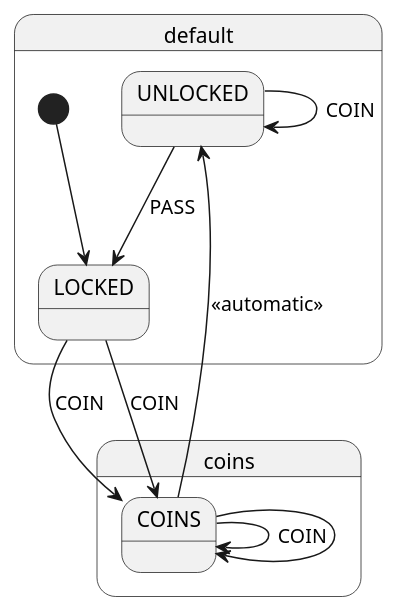
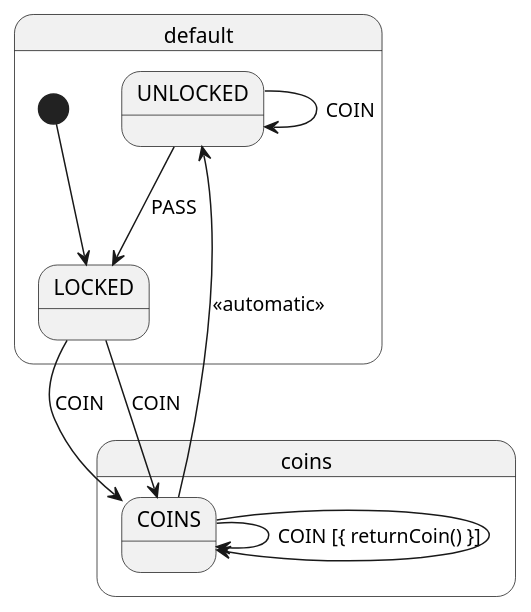
Before and after one commit to open-jumpco/kfsm-viz: the diagram in generated/paying-turnstile.plantuml, drawn with PlantUML. The commit also changed 12 other files, not shown here.

Commit message:
added parser and asciidoc table of state chart

```diff
--- a/generated/paying-turnstile.plantuml
+++ b/generated/paying-turnstile.plantuml
@@ -1,14 +1,14 @@
 @startuml
 state coins {
-  COINS --> COINS : COIN
+  COINS --> COINS : COIN [{ returnCoin() }]
   COINS --> COINS
 }
 state default {
   [*] --> LOCKED
   LOCKED --> COINS : COIN
   UNLOCKED --> UNLOCKED : COIN
   UNLOCKED --> LOCKED : PASS
   LOCKED --> COINS : COIN
   COINS --> UNLOCKED : <<automatic>>
 }
 @enduml
```
